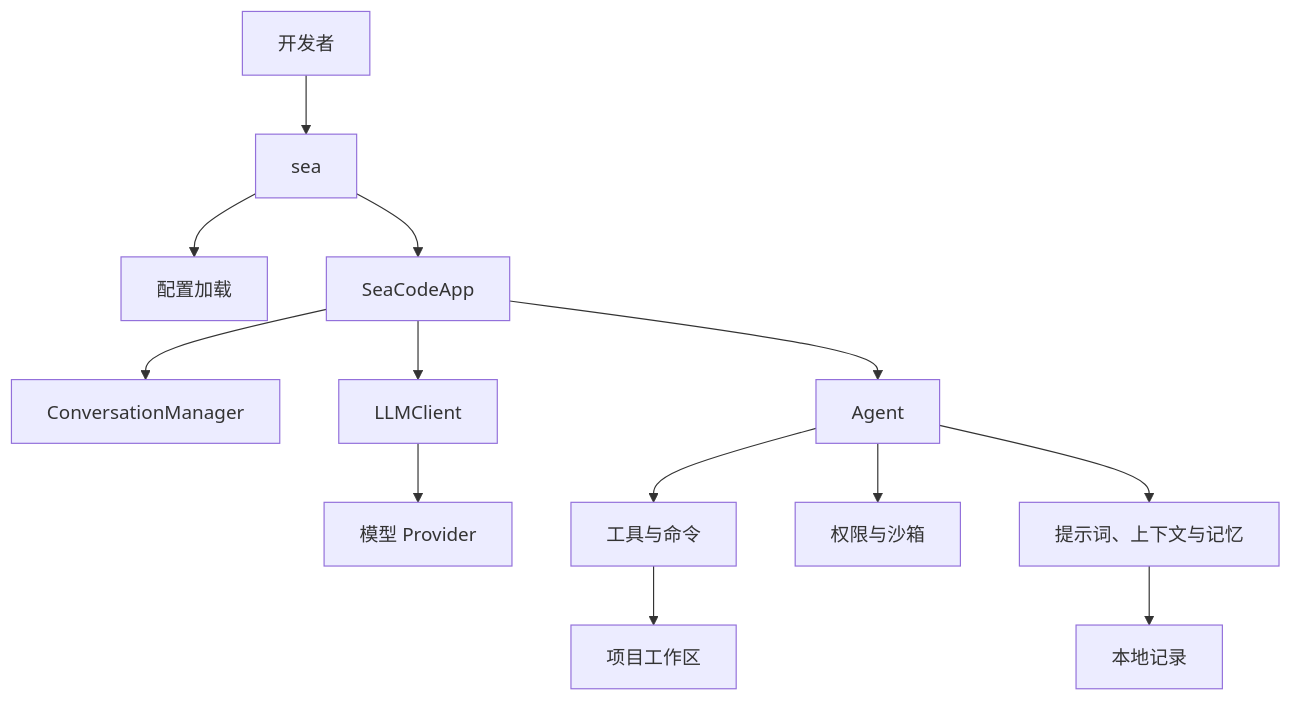
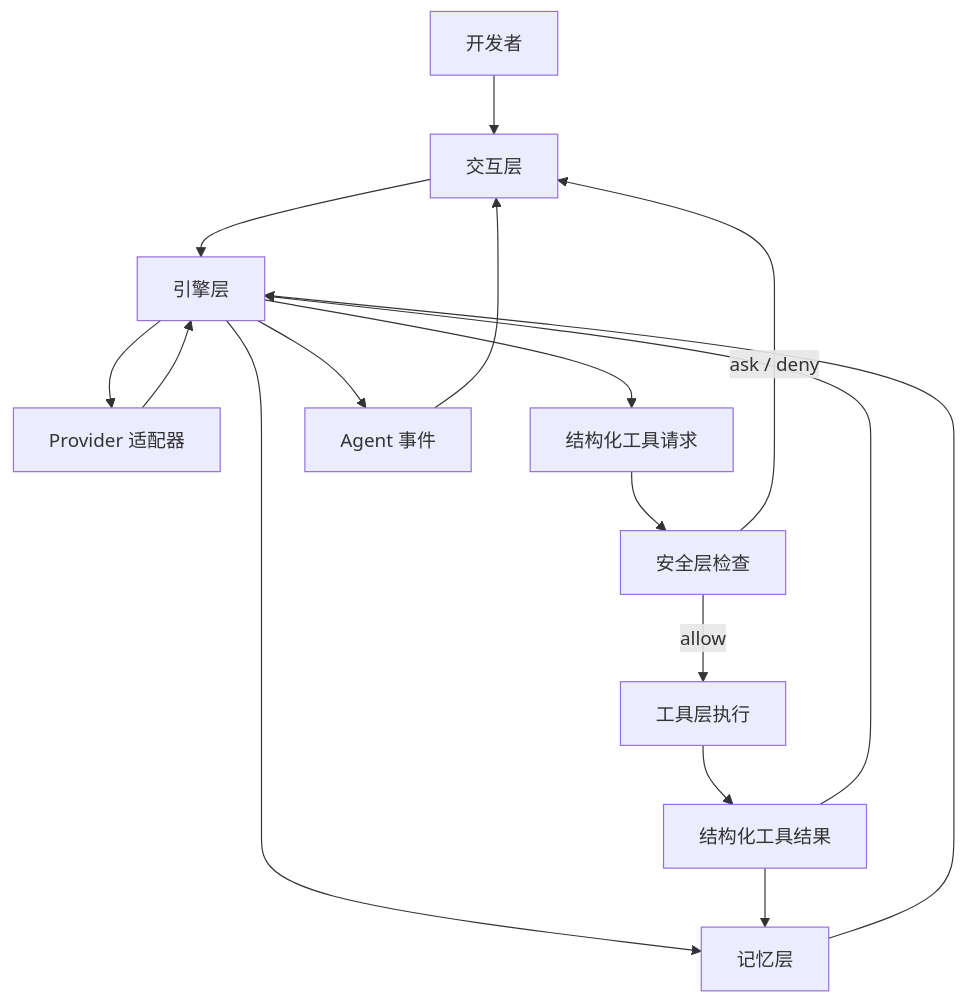
The second of 17 diagrams in docs-zh/Design-SeaCode.md (seaFall98/SeaCode), drawn with Mermaid before and after one commit. The commit also changed other lines of this file and 10 other files, not shown here.

````diff
--- a/docs-zh/Design-SeaCode.md
+++ b/docs-zh/Design-SeaCode.md
@@ -11,15 +43,18 @@
 ```mermaid
 flowchart TB
-    User[开发者] --> Sea[sea]
-    Sea --> Config[配置加载]
-    Sea --> App[SeaCodeApp]
-    App --> Conversation[ConversationManager]
-    App --> Client[LLMClient]
-    Client --> Provider[模型 Provider]
-    App --> Agent[Agent]
-    Agent --> Tools[工具与命令]
-    Agent --> Permissions[权限与沙箱]
-    Agent --> Context[提示词、上下文与记忆]
-    Tools --> Workspace[项目工作区]
-    Context --> Storage[本地记录]
+    User[开发者] --> Interaction[交互层]
+    Interaction --> Engine[引擎层]
+    Engine --> Provider[Provider 适配器]
+    Provider --> Engine
+    Engine --> Memory[记忆层]
+    Memory --> Engine
+    Engine --> Request[结构化工具请求]
+    Request --> Security[安全层检查]
+    Security -->|allow| Tools[工具层执行]
+    Security -->|ask / deny| Interaction
+    Tools --> Result[结构化工具结果]
+    Result --> Memory
+    Result --> Engine
+    Engine --> Events[Agent 事件]
+    Events --> Interaction
 ```
````
